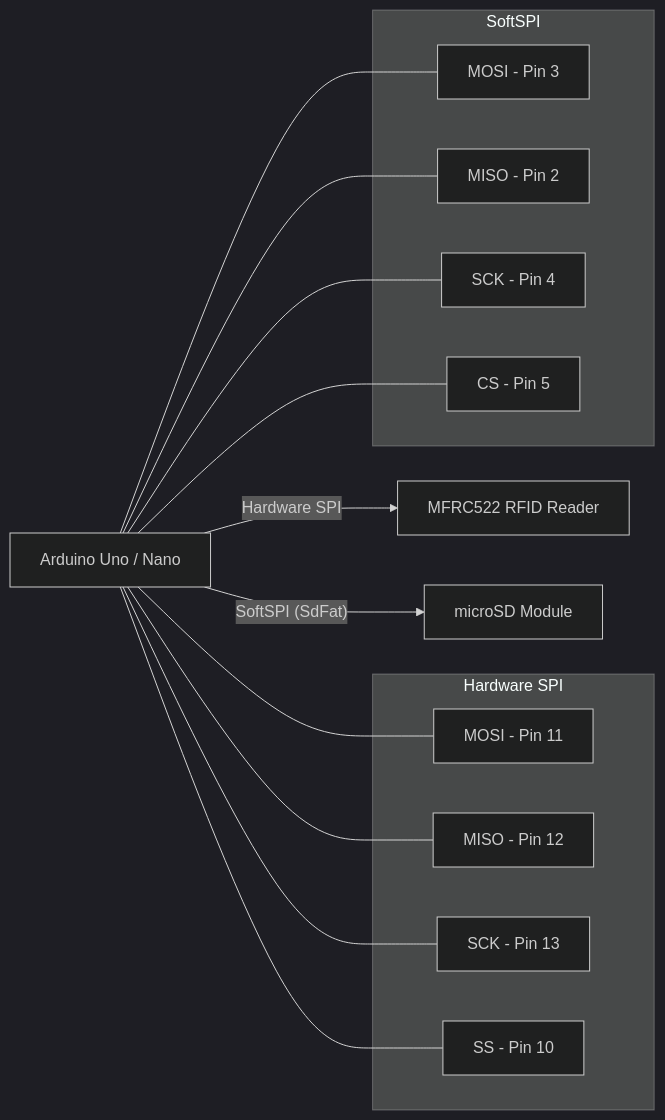
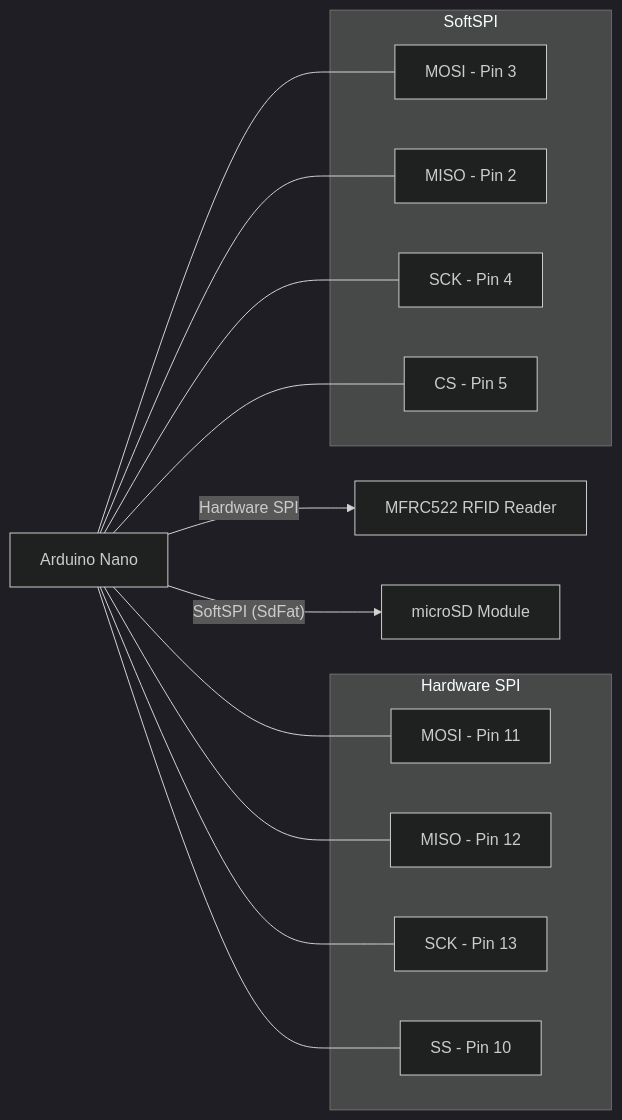
The diagram in docs/spi_architecture.md (Rafitata10/arduino-rfid-porterillo), drawn with Mermaid (dark theme) before and after one commit.

Commit message:
Update Arduino reference from Uno to Nano

````diff
--- a/docs/spi_architecture.md
+++ b/docs/spi_architecture.md
@@ -1,35 +1,35 @@
 ```mermaid
 flowchart LR
 
-Arduino[Arduino Uno / Nano]
+Arduino[Arduino Nano]
 
 RC522[MFRC522 RFID Reader]
 SD[microSD Module]
 
 Arduino -- Hardware SPI --> RC522
 Arduino -- SoftSPI (SdFat) --> SD
 
 subgraph Hardware SPI
 MOSI1[MOSI - Pin 11]
 MISO1[MISO - Pin 12]
 SCK1[SCK - Pin 13]
 SS1[SS - Pin 10]
 end
 
 subgraph SoftSPI
 MOSI2[MOSI - Pin 3]
 MISO2[MISO - Pin 2]
 SCK2[SCK - Pin 4]
 CS2[CS - Pin 5]
 end
 
 Arduino --- MOSI1
 Arduino --- MISO1
 Arduino --- SCK1
 Arduino --- SS1
 
 Arduino --- MOSI2
 Arduino --- MISO2
 Arduino --- SCK2
 Arduino --- CS2
 ```
````
